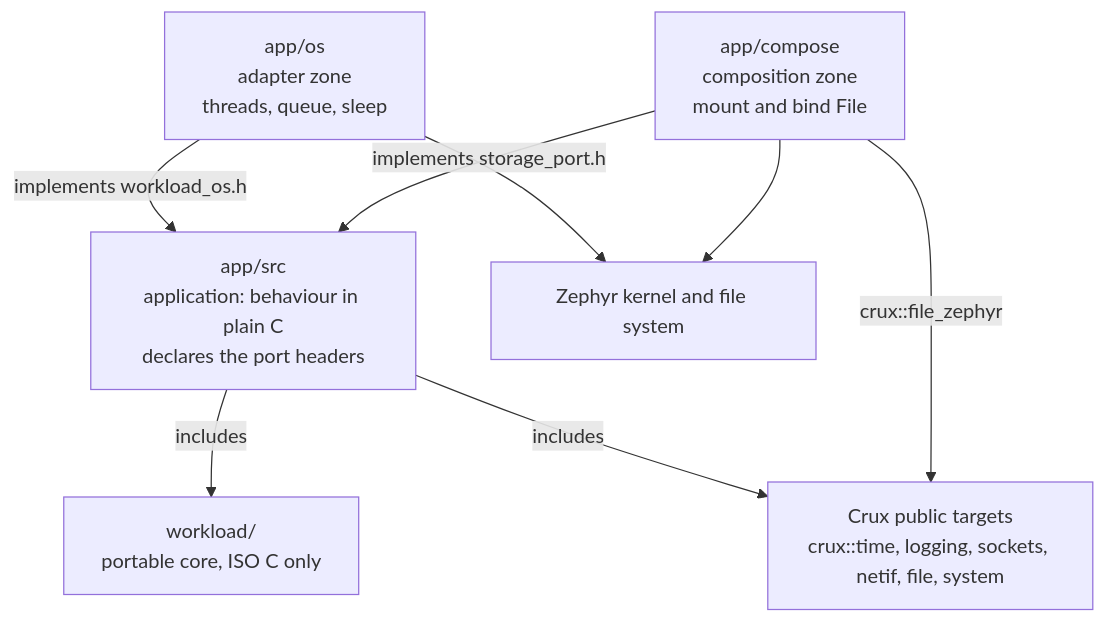
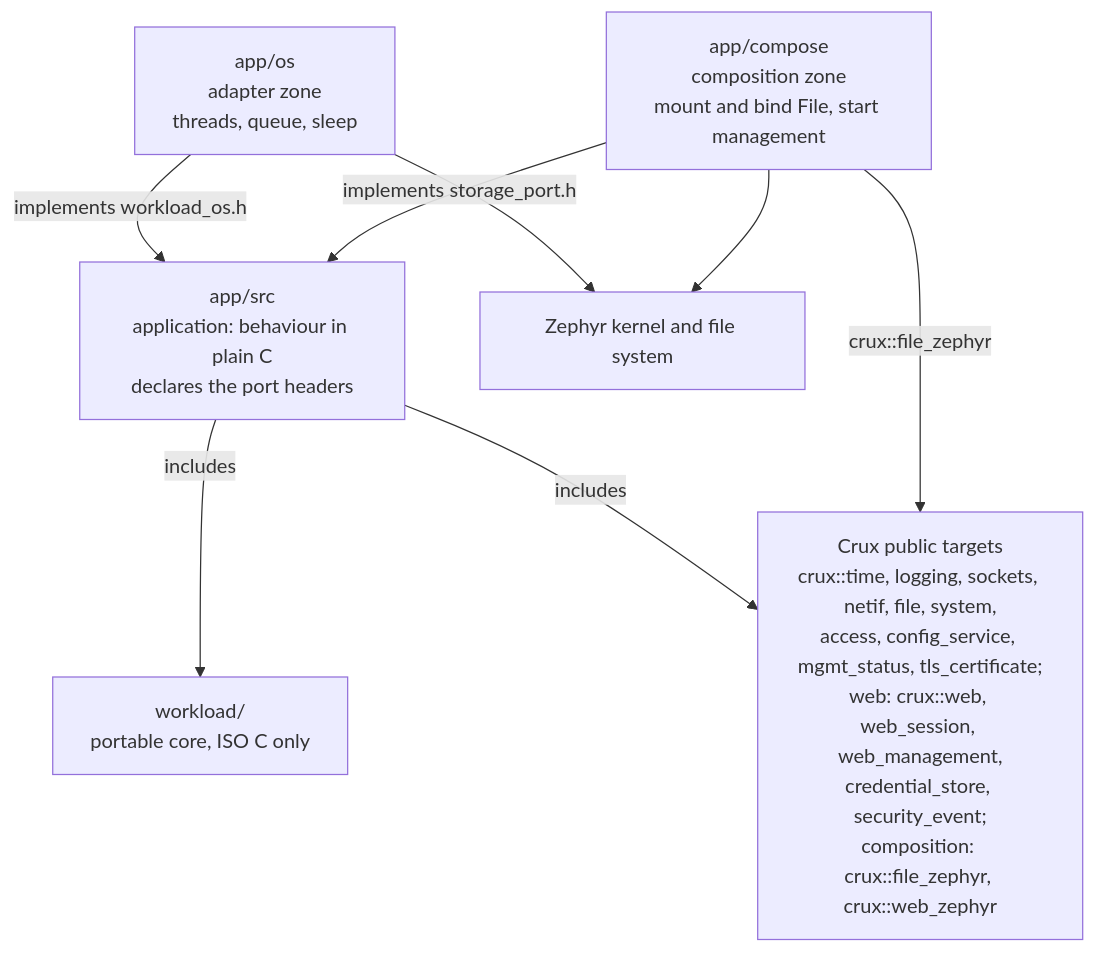
The diagram in docs/architecture.md (wonny-labs/crux-controller), drawn with Mermaid before and after one commit. The commit also changed other lines of this file and 18 other files, not shown here.

````diff
--- a/docs/architecture.md
+++ b/docs/architecture.md
@@ -38,16 +38,16 @@
 ```mermaid
 flowchart TD
     SRC["app/src<br/>application: behaviour in plain C<br/>declares the port headers"]
     WL["workload/<br/>portable core, ISO C only"]
     OS["app/os<br/>adapter zone<br/>threads, queue, sleep"]
-    COMP["app/compose<br/>composition zone<br/>mount and bind File"]
-    CRUX["Crux public targets<br/>crux::time, logging, sockets, netif, file, system"]
+    COMP["app/compose<br/>composition zone<br/>mount and bind File, start management"]
+    CRUX["Crux public targets<br/>crux::time, logging, sockets, netif, file, system,<br/>access, config_service, mgmt_status, tls_certificate;<br/>web: crux::web, web_session, web_management,<br/>credential_store, security_event;<br/>composition: crux::file_zephyr, crux::web_zephyr"]
     ZEPHYR["Zephyr kernel and file system"]
     SRC -->|includes| WL
     SRC -->|includes| CRUX
     OS -->|implements workload_os.h| SRC
     COMP -->|implements storage_port.h| SRC
     OS --> ZEPHYR
     COMP --> ZEPHYR
     COMP -->|crux::file_zephyr| CRUX
 ```
````
